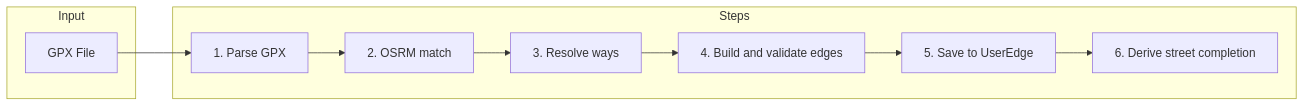
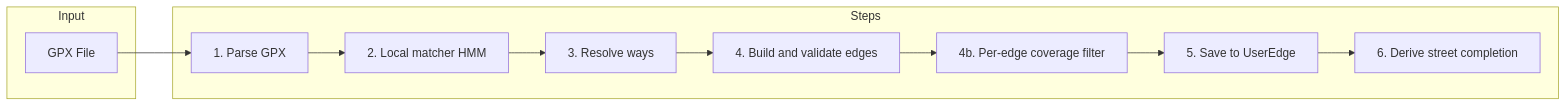
One commit to devevangel/street-keeper-client changed the second of 2 diagrams in src/docs/HOW_ENGINES_WORK.md. Above: the diagram before and after it, drawn with Mermaid. The commit also changed other lines of this file and 27 other files, not shown here.

````diff
--- a/src/docs/HOW_ENGINES_WORK.md
+++ b/src/docs/HOW_ENGINES_WORK.md
@@ -264,20 +273,22 @@
 ```mermaid
 flowchart LR
   subgraph input [Input]
     GPX2[GPX File]
   end
   subgraph steps [Steps]
     Parse2[1. Parse GPX]
-    OSRM[2. OSRM match]
+    LocalMatch[2. Local matcher HMM]
     Resolve[3. Resolve ways]
     Validate[4. Build and validate edges]
+    Coverage[4b. Per-edge coverage filter]
     Save[5. Save to UserEdge]
     Derive[6. Derive street completion]
   end
   GPX2 --> Parse2
-  Parse2 --> OSRM
-  OSRM --> Resolve
+  Parse2 --> LocalMatch
+  LocalMatch --> Resolve
   Resolve --> Validate
-  Validate --> Save
+  Validate --> Coverage
+  Coverage --> Save
   Save --> Derive
 ```
````
